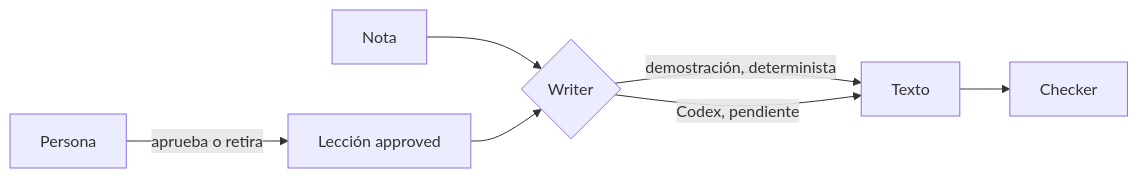
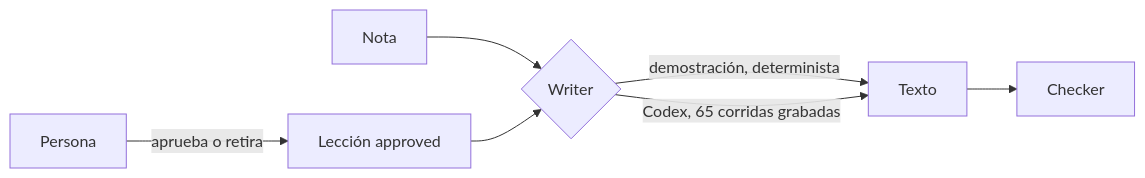
The diagram in README.md (CarlosSoto92/scribe-recovery-openai), drawn with Mermaid before and after one commit. The commit also changed other lines of this file and 76 other files, not shown here.

Commit message:
data(b2b): 65 corridas grabadas de Codex + marcador real

````diff
--- a/README.md
+++ b/README.md
@@ -43,9 +61,9 @@
 ```mermaid
 flowchart LR
   N[Nota] --> W{Writer}
   L[Lección approved] --> W
   W -->|demostración, determinista| T[Texto]
-  W -->|Codex, pendiente| T
+  W -->|Codex, 65 corridas grabadas| T
   T --> C[Checker]
   H[Persona] -->|aprueba o retira| L
 ```
````
